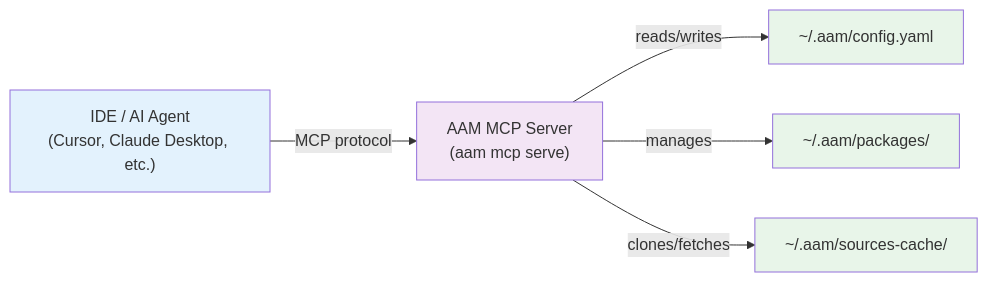
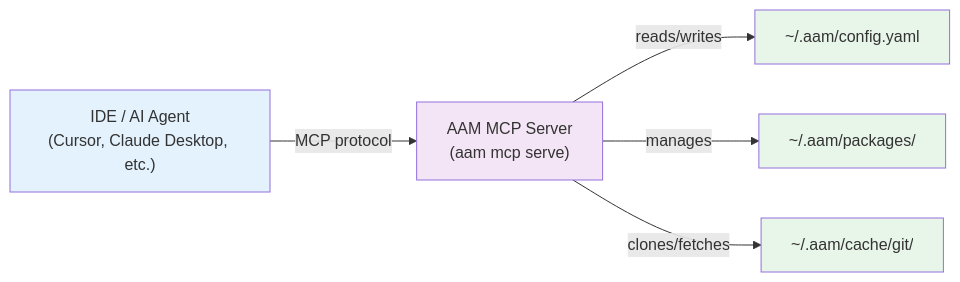
One commit to spazyCZ/agent-package-manager changed the diagram in docs/user_docs/docs/mcp/index.md. Above: the diagram before and after it, drawn with Mermaid. The commit also changed 4 other files, not shown here.

````diff
--- a/docs/user_docs/docs/mcp/index.md
+++ b/docs/user_docs/docs/mcp/index.md
@@ -11,13 +11,13 @@
 ```mermaid
 flowchart LR
     IDE["IDE / AI Agent<br/>(Cursor, Claude Desktop, etc.)"] -->|MCP protocol| AAM["AAM MCP Server<br/>(aam mcp serve)"]
     AAM -->|reads/writes| Config["~/.aam/config.yaml"]
     AAM -->|manages| Packages["~/.aam/packages/"]
-    AAM -->|clones/fetches| Sources["~/.aam/sources-cache/"]
+    AAM -->|clones/fetches| Sources["~/.aam/cache/git/"]
 
     style IDE fill:#e3f2fd
     style AAM fill:#f3e5f5
     style Config fill:#e8f5e9
     style Packages fill:#e8f5e9
     style Sources fill:#e8f5e9
 ```
````
